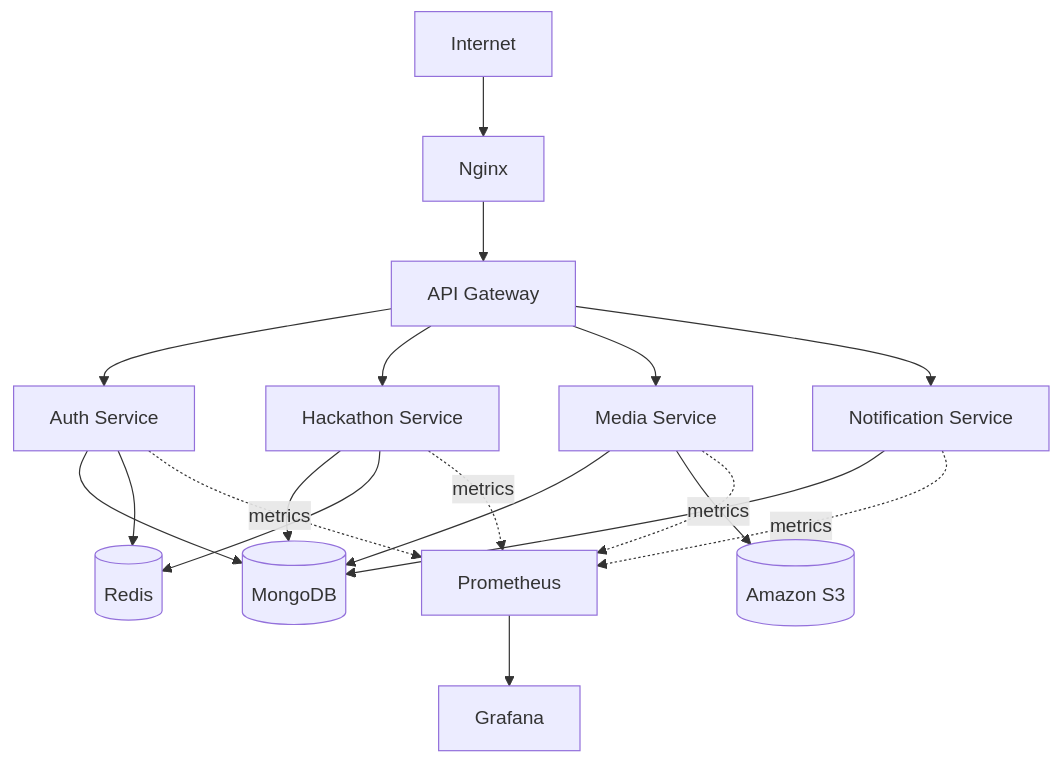
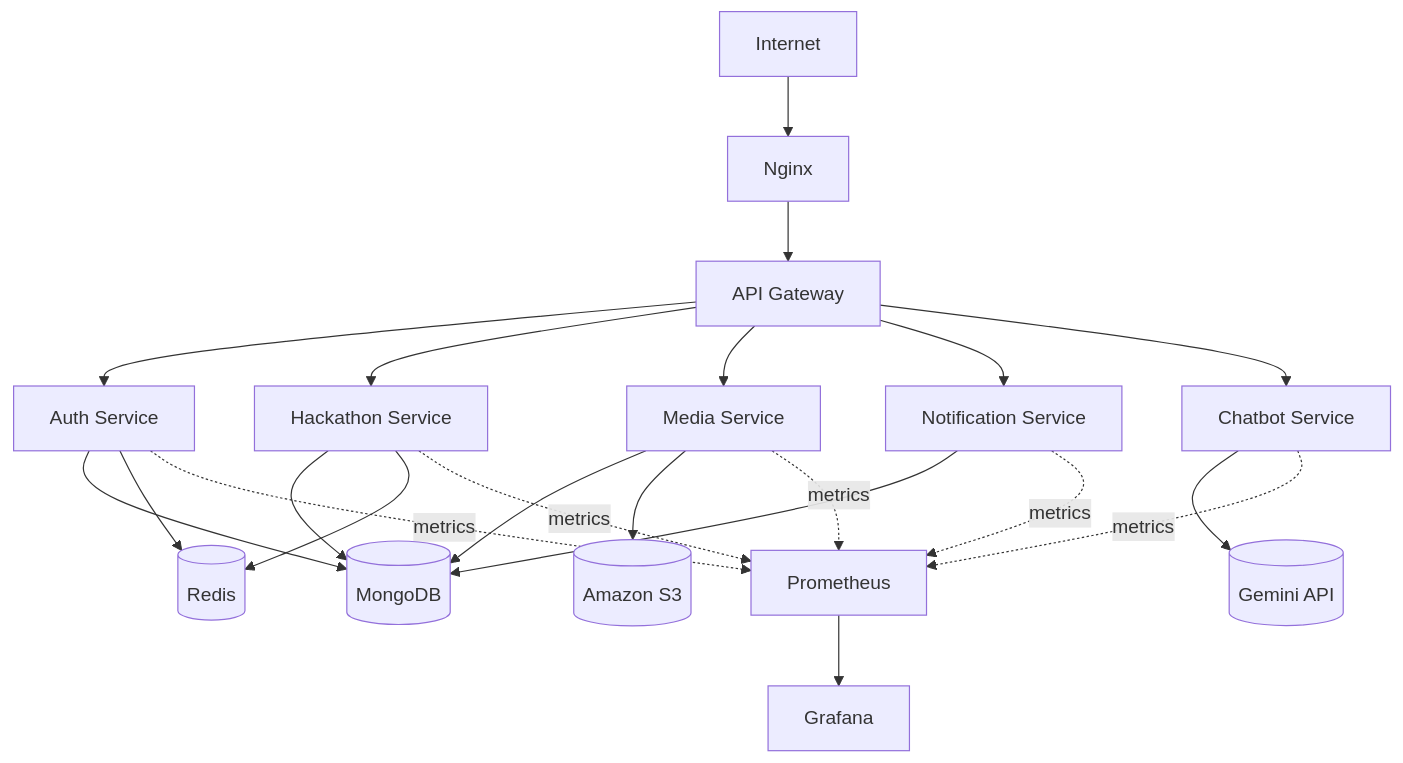
Before and after one commit to rahul-1901/distributedSystem: the fourth of 4 diagrams in backend/docs/architecture.md, drawn with Mermaid. The commit also changed other lines of this file and 46 other files, not shown here.

````diff
--- a/backend/docs/architecture.md
+++ b/backend/docs/architecture.md
@@ -161,26 +167,30 @@
 ```mermaid
 graph TD
     Internet["Internet"] --> Nginx["Nginx"]
     Nginx --> Gateway["API Gateway"]
 
     Gateway --> Auth["Auth Service"]
     Gateway --> Hackathon["Hackathon Service"]
     Gateway --> Media["Media Service"]
     Gateway --> Notification["Notification Service"]
+    Gateway --> Chatbot["Chatbot Service"]
 
     Auth --> MongoDB[("MongoDB")]
     Hackathon --> MongoDB
     Media --> MongoDB
     Notification --> MongoDB
 
     Auth --> Redis[("Redis")]
     Hackathon --> Redis
 
     Media --> S3[("Amazon S3")]
 
+    Chatbot --> Gemini[("Gemini API")]
+
     Prometheus["Prometheus"] --> Grafana["Grafana"]
     Auth -.metrics.-> Prometheus
     Hackathon -.metrics.-> Prometheus
     Media -.metrics.-> Prometheus
     Notification -.metrics.-> Prometheus
+    Chatbot -.metrics.-> Prometheus
 ```
````
